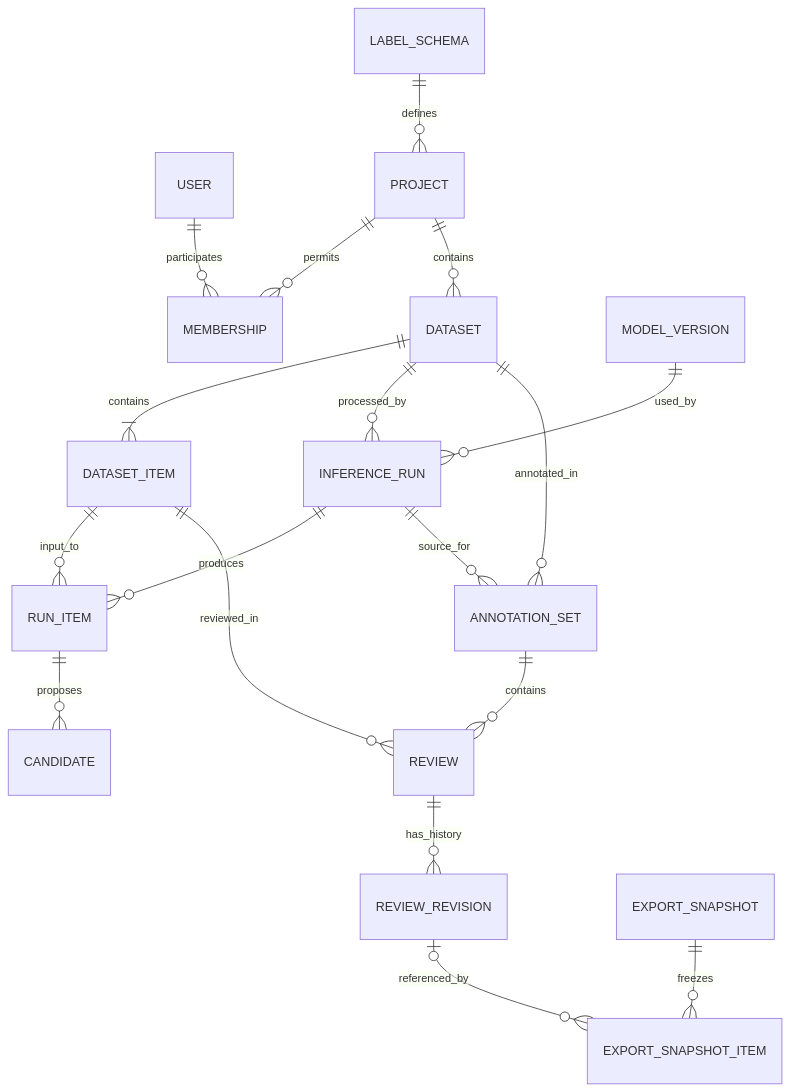
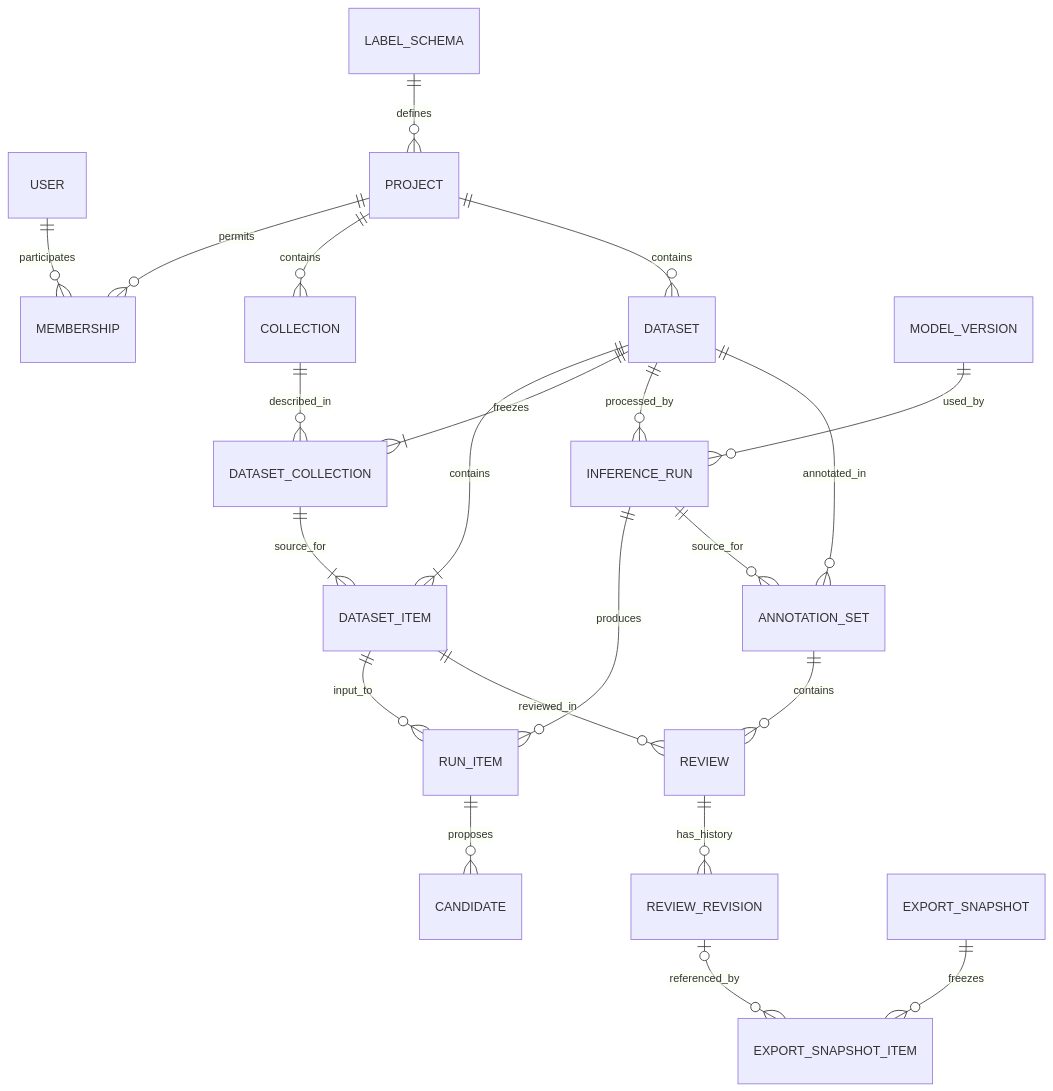
One commit to morozowdmitry/morphemelab changed the diagram in docs/data-model.md. Above: the diagram before and after it, drawn with Mermaid. The commit also changed other lines of this file and 11 other files, not shown here.

````diff
--- a/docs/data-model.md
+++ b/docs/data-model.md
@@ -39,20 +41,24 @@
 ```mermaid
 erDiagram
     USER ||--o{ MEMBERSHIP : participates
     PROJECT ||--o{ MEMBERSHIP : permits
+    PROJECT ||--o{ COLLECTION : contains
     PROJECT ||--o{ DATASET : contains
     LABEL_SCHEMA ||--o{ PROJECT : defines
     DATASET ||--|{ DATASET_ITEM : contains
+    DATASET ||--|{ DATASET_COLLECTION : freezes
+    COLLECTION ||--o{ DATASET_COLLECTION : described_in
+    DATASET_COLLECTION ||--|{ DATASET_ITEM : source_for
     DATASET ||--o{ INFERENCE_RUN : processed_by
     MODEL_VERSION ||--o{ INFERENCE_RUN : used_by
     INFERENCE_RUN ||--o{ RUN_ITEM : produces
     DATASET_ITEM ||--o{ RUN_ITEM : input_to
     RUN_ITEM ||--o{ CANDIDATE : proposes
     DATASET ||--o{ ANNOTATION_SET : annotated_in
     INFERENCE_RUN ||--o{ ANNOTATION_SET : source_for
     ANNOTATION_SET ||--o{ REVIEW : contains
     DATASET_ITEM ||--o{ REVIEW : reviewed_in
     REVIEW ||--o{ REVIEW_REVISION : has_history
     EXPORT_SNAPSHOT ||--o{ EXPORT_SNAPSHOT_ITEM : freezes
     REVIEW_REVISION o|--o{ EXPORT_SNAPSHOT_ITEM : referenced_by
 ```
````
